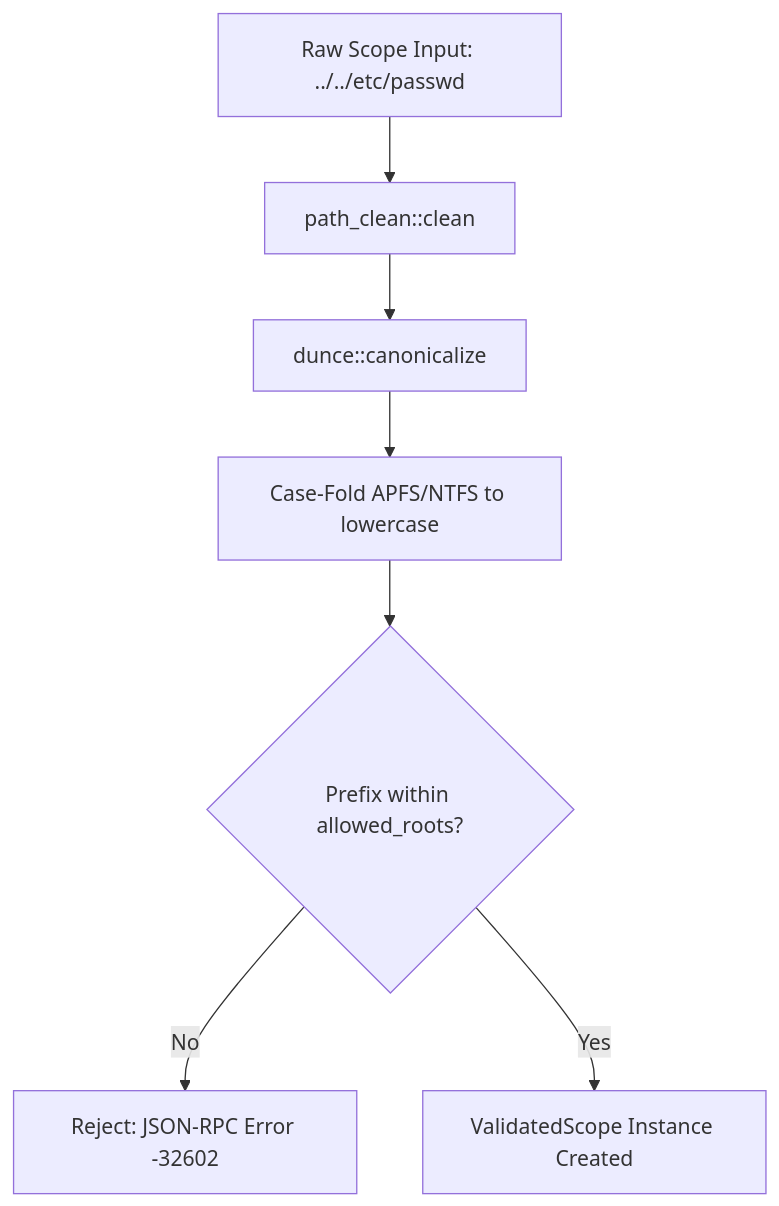
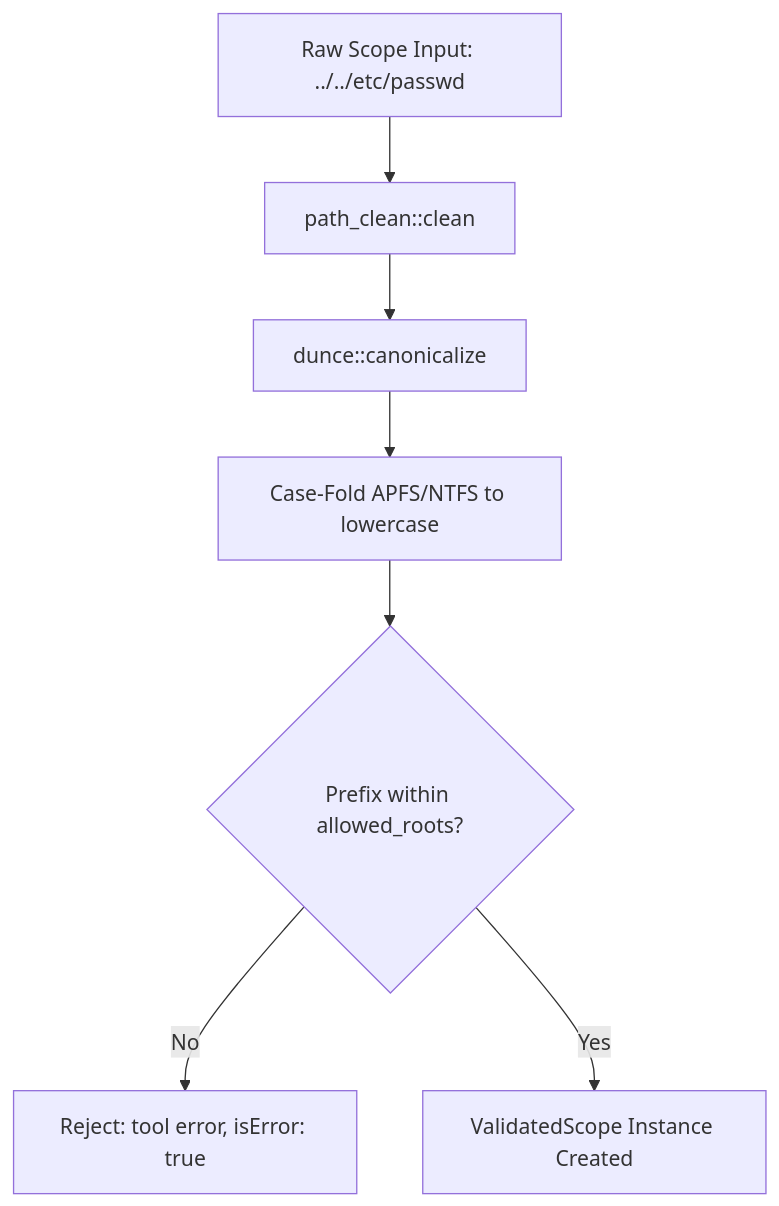
Before and after one commit to VictorAgahi/causalmesh: the third of 4 diagrams in docs/architecture.md, drawn with Mermaid. The commit also changed other lines of this file and 12 other files, not shown here.

````diff
--- a/docs/architecture.md
+++ b/docs/architecture.md
@@ -136,9 +136,9 @@
 ```mermaid
 graph TD
     RawPath["Raw Scope Input: ../../etc/passwd"] --> Clean["path_clean::clean"]
     Clean --> Dunce["dunce::canonicalize"]
     Dunce --> Fold["Case-Fold APFS/NTFS to lowercase"]
     Fold --> Check{"Prefix within allowed_roots?"}
-    Check -->|No| Err["Reject: JSON-RPC Error -32602"]
+    Check -->|No| Err["Reject: tool error, isError: true"]
     Check -->|Yes| Valid["ValidatedScope Instance Created"]
 ```
````
